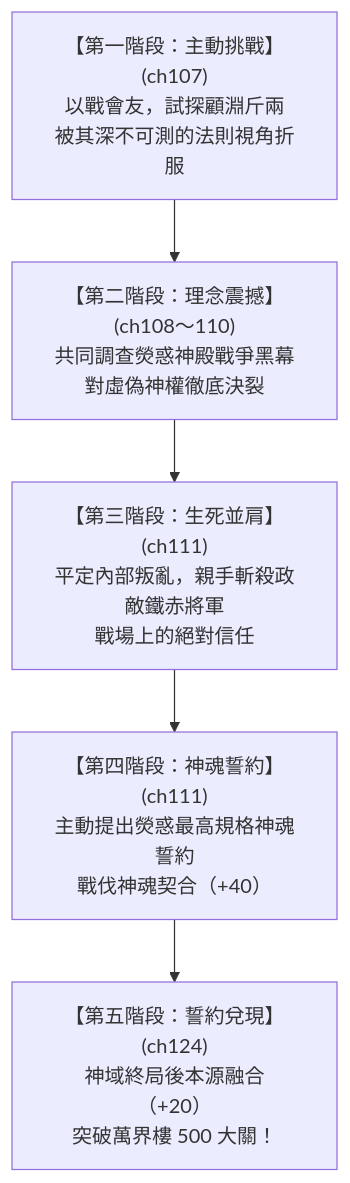
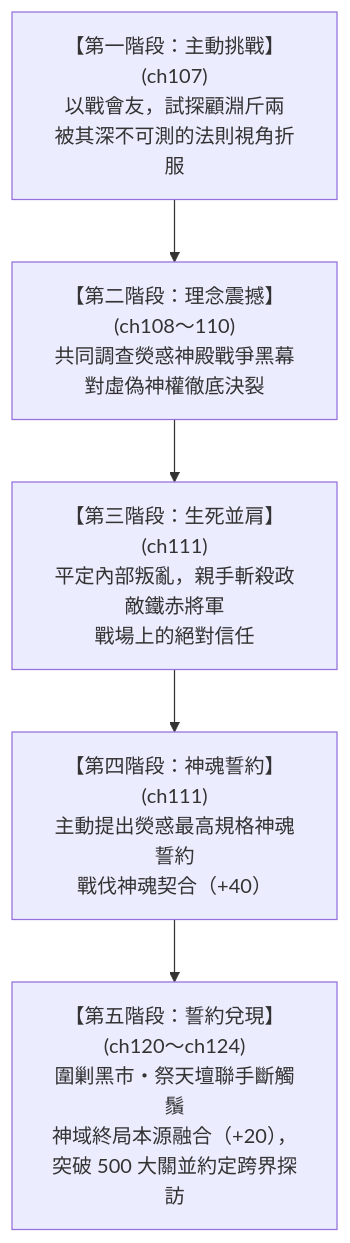
The diagram in sex/docs/characters/he_la_di_ya.md (wade-fs/novel), drawn with Mermaid before and after one commit. The commit also changed 15 other files, not shown here.

````diff
--- a/sex/docs/characters/he_la_di_ya.md
+++ b/sex/docs/characters/he_la_di_ya.md
@@ -46,10 +46,10 @@
 ```mermaid
 flowchart TD
     Phase1["【第一階段：主動挑戰】(ch107)<br>以戰會友，試探顧淵斤兩<br>被其深不可測的法則視角折服"]
     Phase2["【第二階段：理念震撼】(ch108～110)<br>共同調查熒惑神殿戰爭黑幕<br>對虛偽神權徹底決裂"]
     Phase3["【第三階段：生死並肩】(ch111)<br>平定內部叛亂，親手斬殺政敵鐵赤將軍<br>戰場上的絕對信任"]
     Phase4["【第四階段：神魂誓約】(ch111)<br>主動提出熒惑最高規格神魂誓約<br>戰伐神魂契合（+40）"]
-    Phase5["【第五階段：誓約兌現】(ch124)<br>神域終局後本源融合（+20）<br>突破萬界樓 500 大關！"]
+    Phase5["【第五階段：誓約兌現】(ch120～ch124)<br>圍剿黑市・祭天壇聯手斷觸鬚<br>神域終局本源融合（+20），突破 500 大關並約定跨界探訪"]
 
     Phase1 --> Phase2 --> Phase3 --> Phase4 --> Phase5
 ```
````
